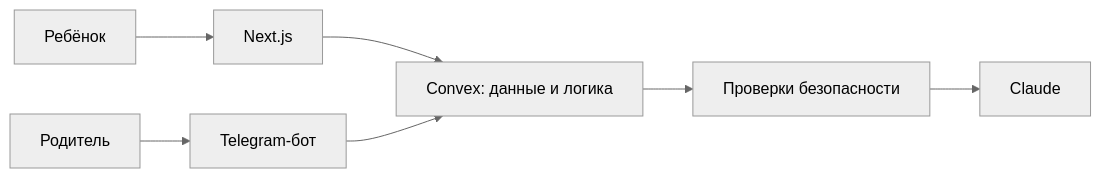
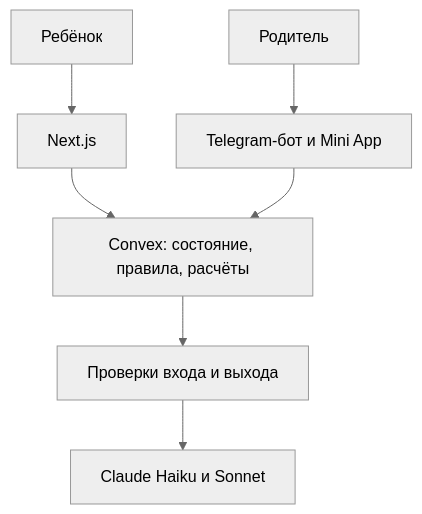
One commit to taefednu/bobr changed the third of 3 diagrams in README.md. Above: the diagram before and after it, drawn with Mermaid (neutral theme). The commit also changed other lines of this file and 1 other file, not shown here.

Commit message:
docs: product README with problem, flow, status, roadmap and real screens

````diff
--- a/README.md
+++ b/README.md
@@ -25,9 +137,9 @@
 ```mermaid
-flowchart LR
-  Child[Ребёнок] --> Web[Next.js]
-  Parent[Родитель] --> Bot[Telegram-бот]
-  Web --> Convex[Convex: данные и логика]
+flowchart TB
+  Child["Ребёнок"] --> Web["Next.js"]
+  Parent["Родитель"] --> Bot["Telegram-бот и Mini App"]
+  Web --> Convex["Convex: состояние, правила, расчёты"]
   Bot --> Convex
-  Convex --> Check[Проверки безопасности]
-  Check --> Claude[Claude]
+  Convex --> Guard["Проверки входа и выхода"]
+  Guard --> Claude["Claude Haiku и Sonnet"]
 ```
````
